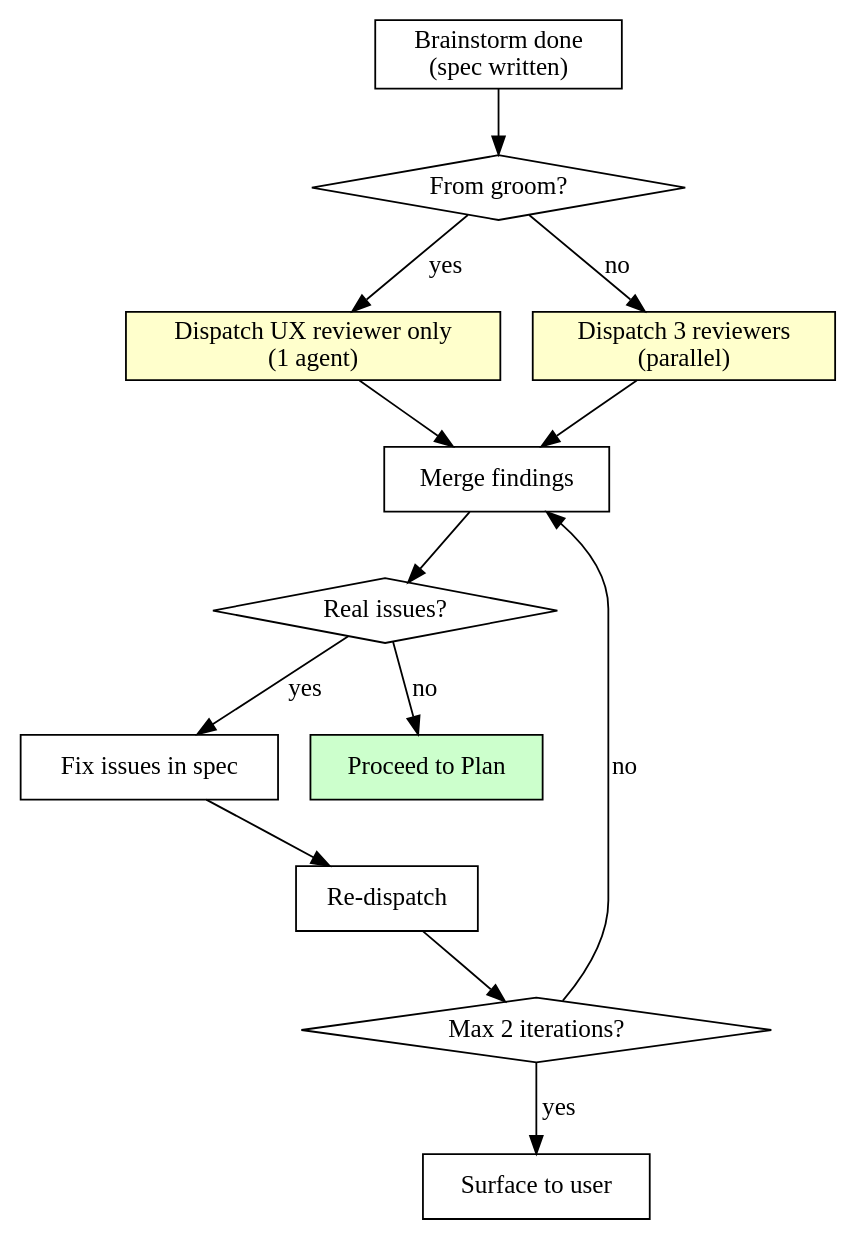
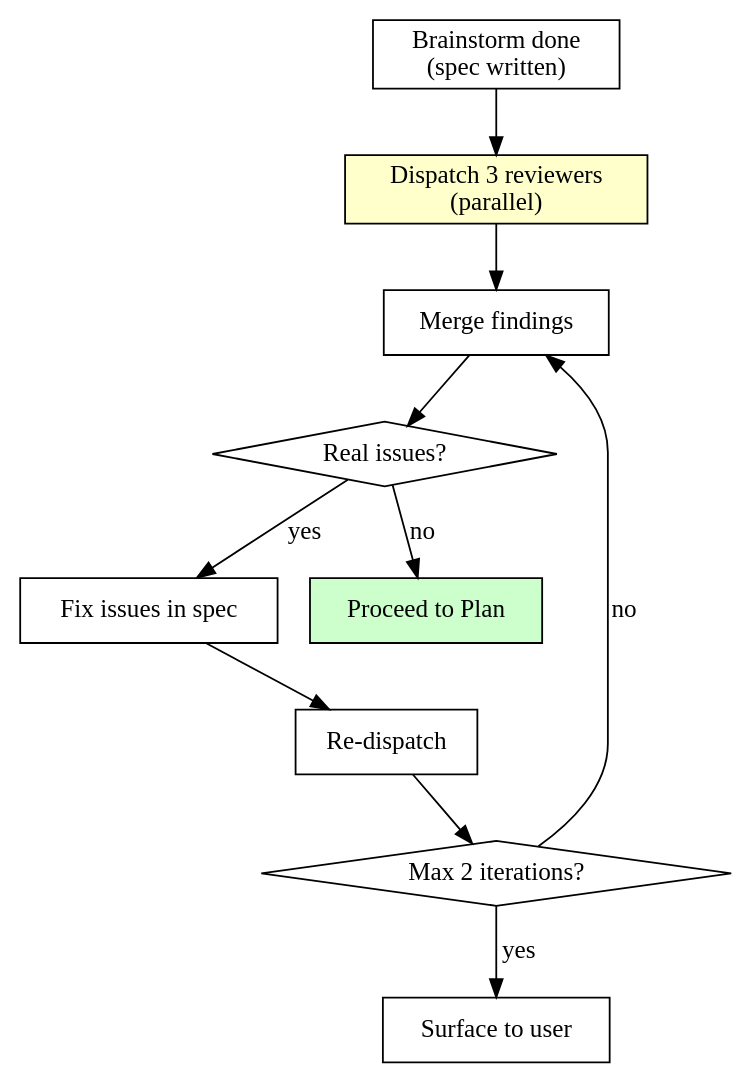
Before and after one commit to soelinmyat/pm: the second of 5 diagrams in skills/dev/SKILL.md, drawn with Graphviz. The commit also changed other lines of this file and 2 other files, not shown here.

First line of the commit message:
feat(PM-050): formalize groom-to-dev handoff with deterministic detection

````diff
--- a/skills/dev/SKILL.md
+++ b/skills/dev/SKILL.md
@@ -257,28 +282,23 @@
 ```dot
 digraph spec_review {
     "Brainstorm done\n(spec written)" [shape=box];
-    "From groom?" [shape=diamond];
-    "Dispatch UX reviewer only\n(1 agent)" [shape=box, style=filled, fillcolor="#ffffcc"];
     "Dispatch 3 reviewers\n(parallel)" [shape=box, style=filled, fillcolor="#ffffcc"];
     "Merge findings" [shape=box];
     "Real issues?" [shape=diamond];
     "Fix issues in spec" [shape=box];
     "Re-dispatch" [shape=box];
     "Max 2 iterations?" [shape=diamond];
     "Surface to user" [shape=box];
     "Proceed to Plan" [shape=box, style=filled, fillcolor="#ccffcc"];
 
-    "Brainstorm done\n(spec written)" -> "From groom?";
-    "From groom?" -> "Dispatch UX reviewer only\n(1 agent)" [label="yes"];
-    "From groom?" -> "Dispatch 3 reviewers\n(parallel)" [label="no"];
-    "Dispatch UX reviewer only\n(1 agent)" -> "Merge findings";
+    "Brainstorm done\n(spec written)" -> "Dispatch 3 reviewers\n(parallel)";
     "Dispatch 3 reviewers\n(parallel)" -> "Merge findings";
     "Merge findings" -> "Real issues?";
     "Real issues?" -> "Fix issues in spec" [label="yes"];
     "Fix issues in spec" -> "Re-dispatch";
     "Re-dispatch" -> "Max 2 iterations?";
     "Max 2 iterations?" -> "Merge findings" [label="no"];
     "Max 2 iterations?" -> "Surface to user" [label="yes"];
     "Real issues?" -> "Proceed to Plan" [label="no"];
 }
 ```
````
